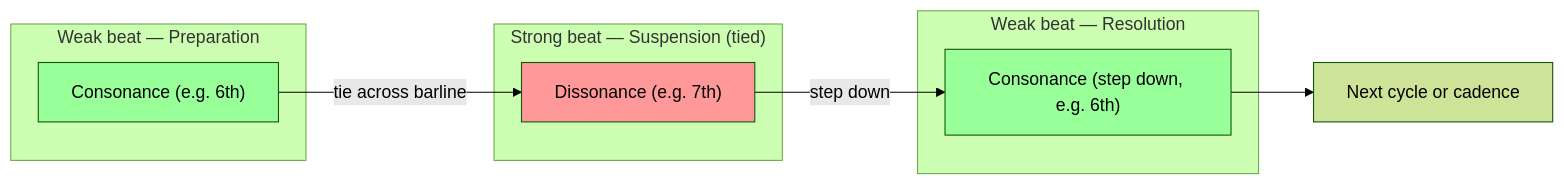
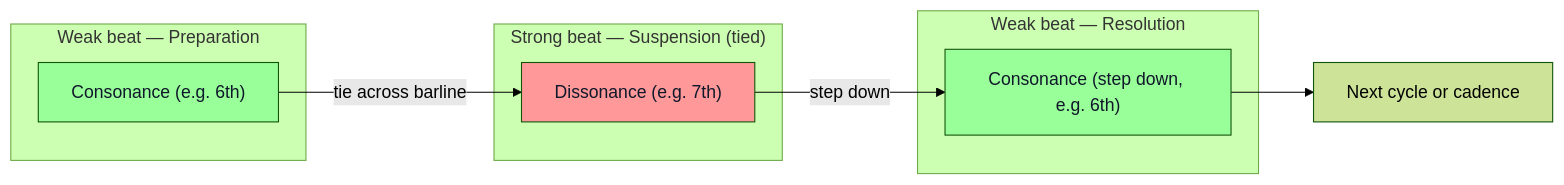
The third of 3 diagrams in topics/arts/composition/counterpoint/labs.md (blebleblee/synapse), drawn with Mermaid (forest theme) before and after one commit. The commit also changed other lines of this file and 1464 other files, not shown here.

Commit message:
feat(release): curriculum vector mermaid upgrade, render hardening, and master synpack

````diff
--- a/topics/arts/composition/counterpoint/labs.md
+++ b/topics/arts/composition/counterpoint/labs.md
@@ -250,18 +250,18 @@
 ```mermaid
 graph LR
     subgraph sub_prep ["Weak beat — Preparation"]
         A["Consonance (e.g. 6th)"]
     end
     subgraph sub_susp ["Strong beat — Suspension (tied)"]
         B["Dissonance (e.g. 7th)"]
     end
     subgraph sub_res ["Weak beat — Resolution"]
         C["Consonance (step down, e.g. 6th)"]
     end
     A -->|"tie across barline"| B
     B -->|"step down"| C
     C --> D["Next cycle or cadence"]
-    style B fill:#ff9999
-    style A fill:#99ff99
-    style C fill:#99ff99
+    style B fill:#ff9999,color:#0f172a
+    style A fill:#99ff99,color:#0f172a
+    style C fill:#99ff99,color:#0f172a
 ```
````
